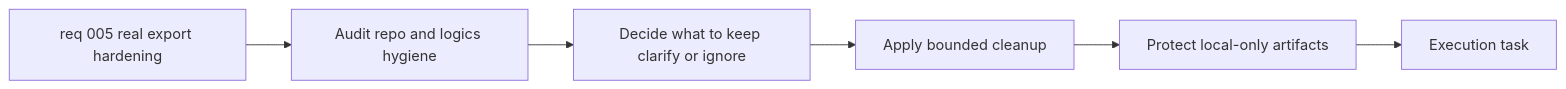
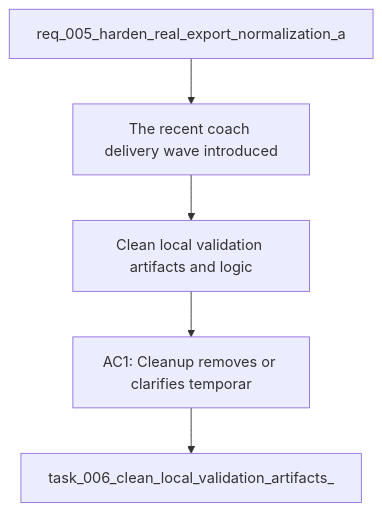
Before and after one commit to Jilanos/Coach_garmin: the diagram in logics/backlog/item_006_clean_local_validation_artifacts_and_logics_delivery_hygiene.md, drawn with Mermaid. The commit also changed 86 other files, not shown here.

Commit message:
Harden chart UX and UTF-8 handling

````diff
--- a/logics/backlog/item_006_clean_local_validation_artifacts_and_logics_delivery_hygiene.md
+++ b/logics/backlog/item_006_clean_local_validation_artifacts_and_logics_delivery_hygiene.md
@@ -25,10 +25,9 @@
 ```mermaid
 %% logics-kind: backlog
 %% logics-signature: backlog|clean-local-validation-artifacts-and-log|req-005-harden-real-export-normalization|the-recent-coach-delivery-wave-introduce|ac1-cleanup-removes-or-clarifies-tempora
-flowchart LR
-    Request[req 005 real export hardening] --> Audit[Audit repo and logics hygiene]
-    Audit --> Decide[Decide what to keep clarify or ignore]
-    Decide --> Clean[Apply bounded cleanup]
-    Clean --> Guard[Protect local-only artifacts]
-    Guard --> Task[Execution task]
+flowchart TD
+    Request[req_005_harden_real_export_normalization_a] --> Problem[The recent coach delivery wave introduced]
+    Problem --> Scope[Clean local validation artifacts and logic]
+    Scope --> Acceptance[AC1: Cleanup removes or clarifies temporar]
+    Acceptance --> Tasks[task_006_clean_local_validation_artifacts_]
 ```
````
